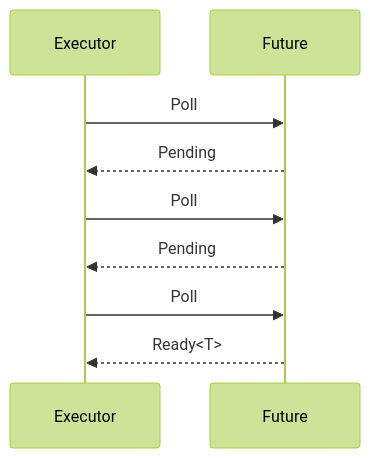
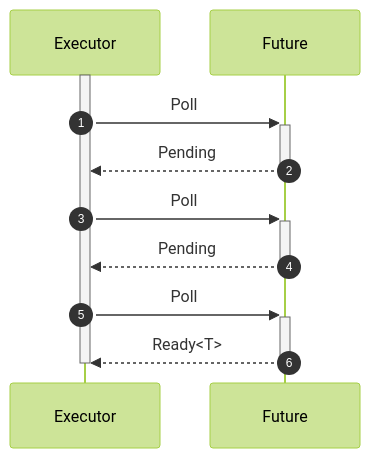
The first of 2 diagrams in slides/C-advanced-rust.md (tweedegolf/rust-training), drawn with Mermaid (forest theme) before and after one commit. The commit also changed other lines of this file and 1 other file, not shown here.

````diff
--- a/slides/C-advanced-rust.md
+++ b/slides/C-advanced-rust.md
@@ -755,9 +758,12 @@
 ```mermaid
 sequenceDiagram
-    Executor->>Future: Poll
-    Future-->>Executor: Pending
-    Executor->>Future: Poll
-    Future-->>Executor: Pending
-    Executor->>Future: Poll
-    Future-->>Executor: Ready<T>
+    autonumber
+    activate Executor
+    Executor ->> +Future: Poll
+    Future -->> -Executor: Pending
+    Executor ->> +Future: Poll
+    Future -->> -Executor: Pending
+    Executor ->> +Future: Poll
+    Future -->> -Executor: Ready<T>
+    deactivate Executor
 ```
````
